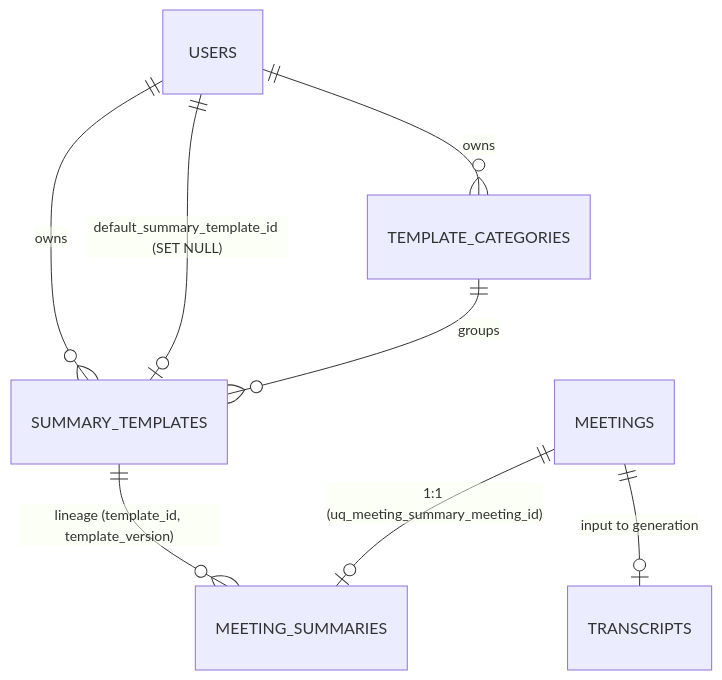
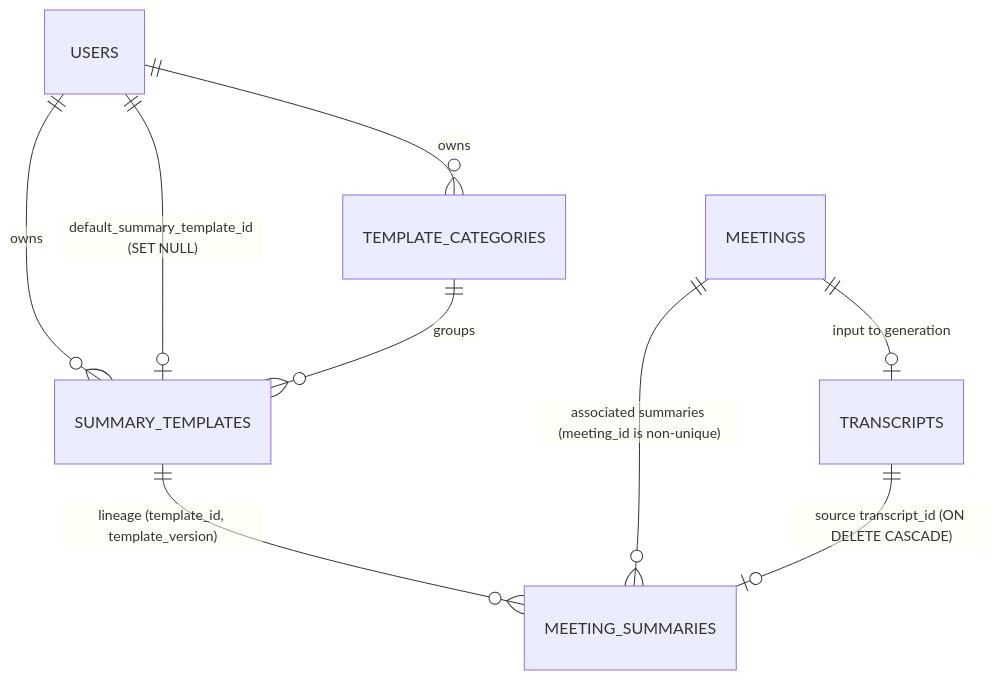
The third of 3 diagrams in .spectra/specs/meeting-summaries-templates/design.md (lufermalgo/sauri), drawn with Mermaid before and after one commit. The commit also changed other lines of this file, not shown here.

Commit message:
docs(meeting-summaries-templates): resolve migration and transcript retention task_23304e68098a4c6b

````diff
--- a/.spectra/specs/meeting-summaries-templates/design.md
+++ b/.spectra/specs/meeting-summaries-templates/design.md
@@ -662,10 +662,11 @@
 ```mermaid
 erDiagram
     USERS ||--o{ SUMMARY_TEMPLATES : owns
     USERS ||--o| SUMMARY_TEMPLATES : "default_summary_template_id (SET NULL)"
     USERS ||--o{ TEMPLATE_CATEGORIES : owns
     TEMPLATE_CATEGORIES ||--o{ SUMMARY_TEMPLATES : groups
     SUMMARY_TEMPLATES ||--o{ MEETING_SUMMARIES : "lineage (template_id, template_version)"
-    MEETINGS ||--o| MEETING_SUMMARIES : "1:1 (uq_meeting_summary_meeting_id)"
+    MEETINGS ||--o{ MEETING_SUMMARIES : "associated summaries (meeting_id is non-unique)"
     MEETINGS ||--o| TRANSCRIPTS : "input to generation"
+    TRANSCRIPTS ||--o| MEETING_SUMMARIES : "source transcript_id (ON DELETE CASCADE)"
 ```
````
